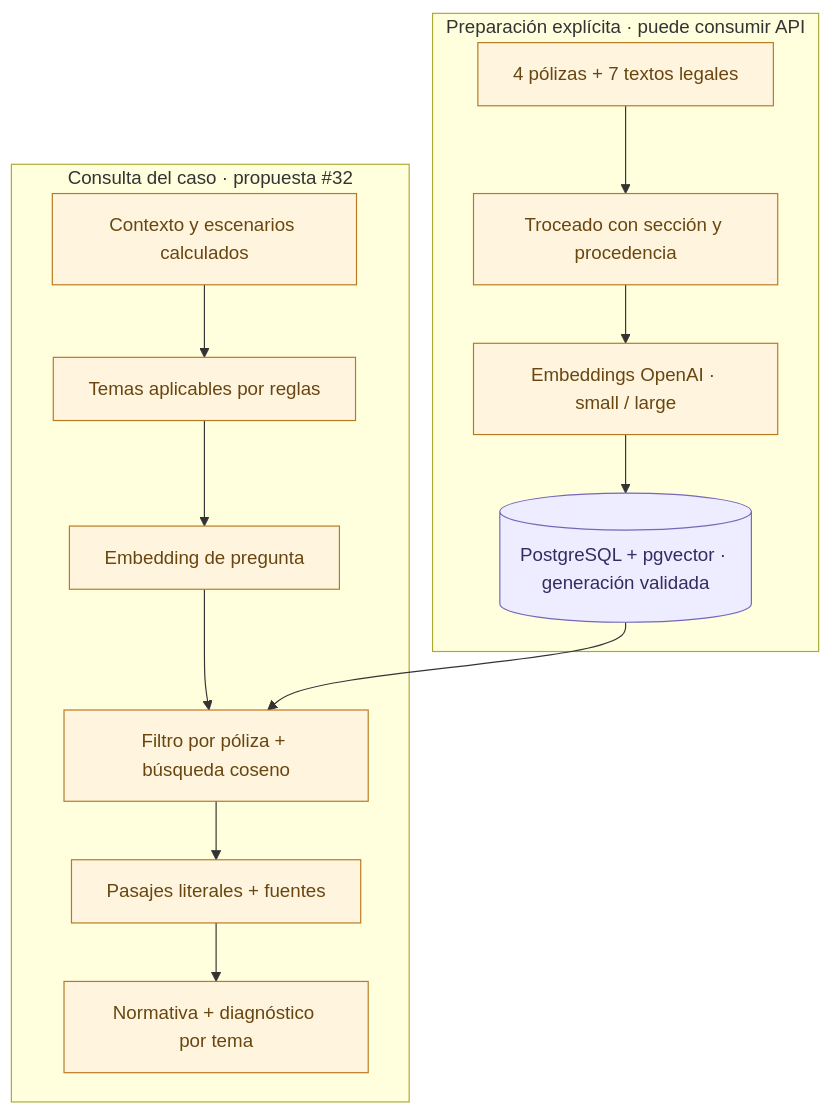
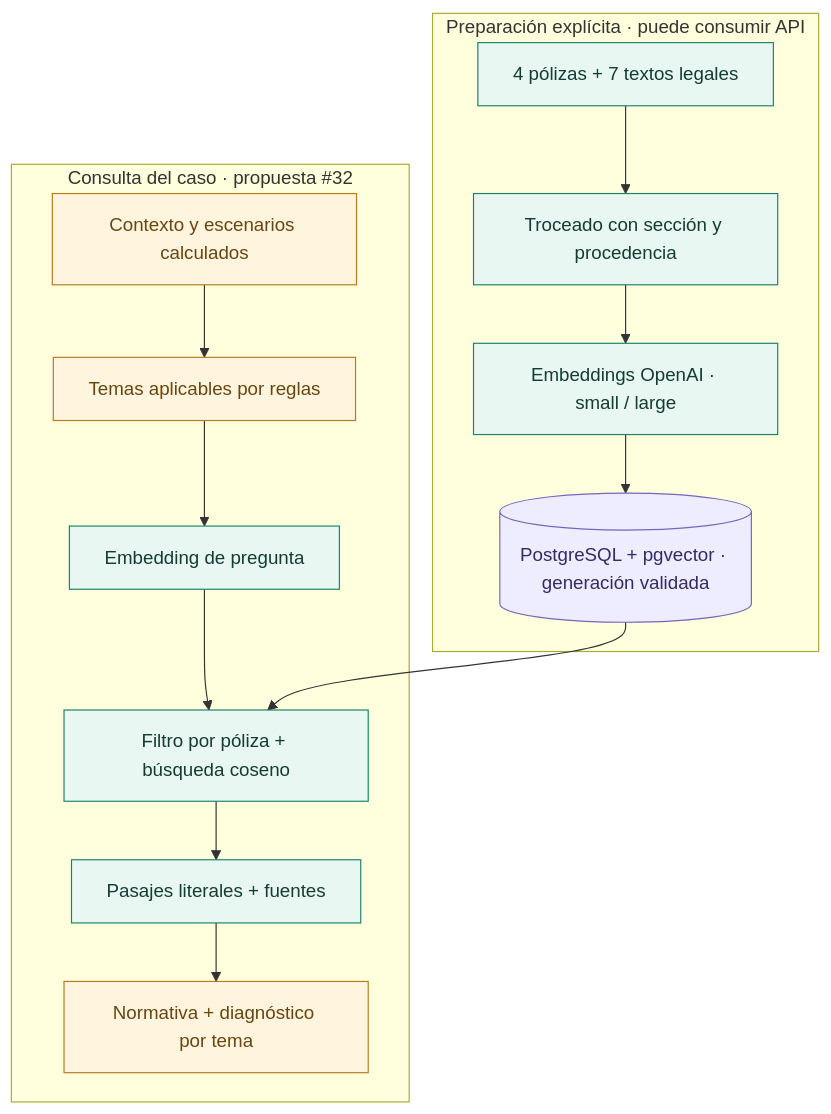
Before and after one commit to lvckss/piia2-26: the third of 5 diagrams in entregas/cu-19-interpretacion-danos/ARCHITECTURE.md, drawn with Mermaid. The commit also changed other lines of this file, not shown here.

````diff
--- a/entregas/cu-19-interpretacion-danos/ARCHITECTURE.md
+++ b/entregas/cu-19-interpretacion-danos/ARCHITECTURE.md
@@ -499,20 +514,22 @@
 ```mermaid
 flowchart TB
     subgraph preparation["Preparación explícita · puede consumir API"]
         D["4 pólizas + 7 textos legales"] --> CH["Troceado con sección y procedencia"]
         CH --> E["Embeddings OpenAI · small / large"]
         E --> PG[("PostgreSQL + pgvector · generación validada")]
     end
     subgraph query["Consulta del caso · propuesta #32"]
         CT["Contexto y escenarios calculados"] --> Q["Temas aplicables por reglas"]
         Q --> QE["Embedding de pregunta"]
         QE --> F["Filtro por póliza + búsqueda coseno"]
         PG --> F
         F --> S["Pasajes literales + fuentes"]
         S --> DG["Normativa + diagnóstico por tema"]
     end
     classDef storage fill:#eeecff,stroke:#7666ba,color:#352b62
+    classDef integrated fill:#e8f7f1,stroke:#19836b,color:#153b35
     classDef proposal fill:#fff5df,stroke:#b7791f,color:#694610
     class PG storage
-    class D,CH,E,CT,Q,QE,F,S,DG proposal
+    class D,CH,E,QE,F,S integrated
+    class CT,Q,DG proposal
 ```
````
